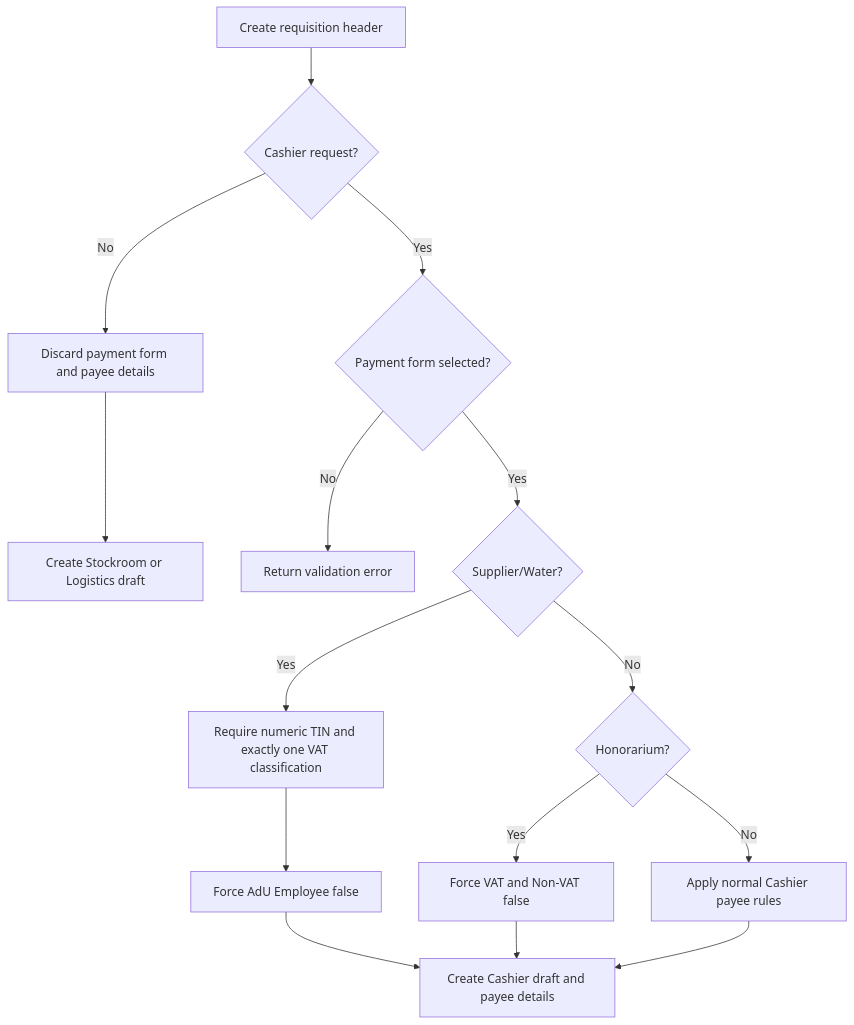
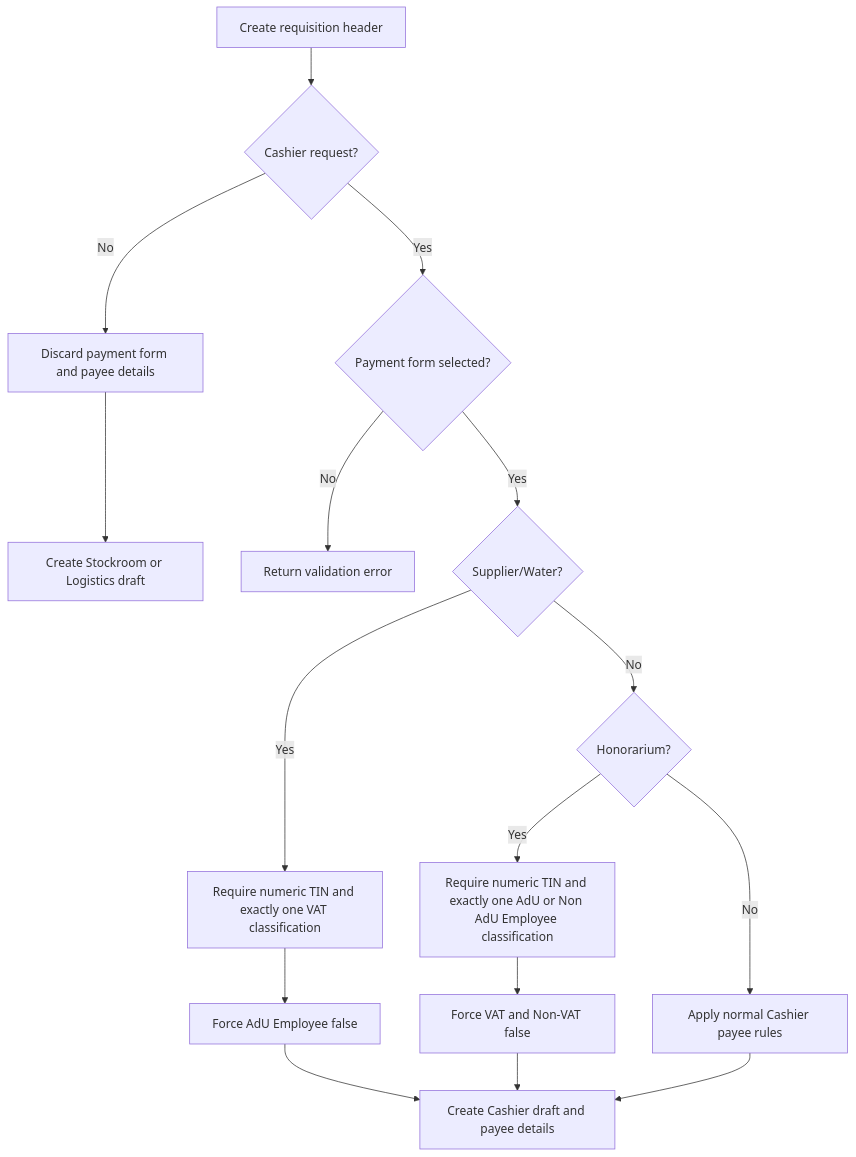
One commit to AdamsonUniversity-ITC/adulivev6-monorepo changed the sixth of 27 diagrams in docs/abms/flowcharts.md. Above: the diagram before and after it, drawn with Mermaid. The commit also changed other lines of this file and 12 other files, not shown here.

````diff
--- a/docs/abms/flowcharts.md
+++ b/docs/abms/flowcharts.md
@@ -115,17 +115,18 @@
 ```mermaid
 flowchart TD
     A[Create requisition header] --> B{Cashier request?}
     B -- No --> C[Discard payment form and payee details]
     C --> D[Create Stockroom or Logistics draft]
     B -- Yes --> E{Payment form selected?}
     E -- No --> X[Return validation error]
     E -- Yes --> F{Supplier/Water?}
     F -- Yes --> G[Require numeric TIN and exactly one VAT classification]
     G --> H[Force AdU Employee false]
     F -- No --> I{Honorarium?}
-    I -- Yes --> J[Force VAT and Non-VAT false]
+    I -- Yes --> J[Require numeric TIN and exactly one AdU or Non AdU Employee classification]
+    J --> JA[Force VAT and Non-VAT false]
     I -- No --> K[Apply normal Cashier payee rules]
     H --> L[Create Cashier draft and payee details]
-    J --> L
+    JA --> L
     K --> L
 ```
````
